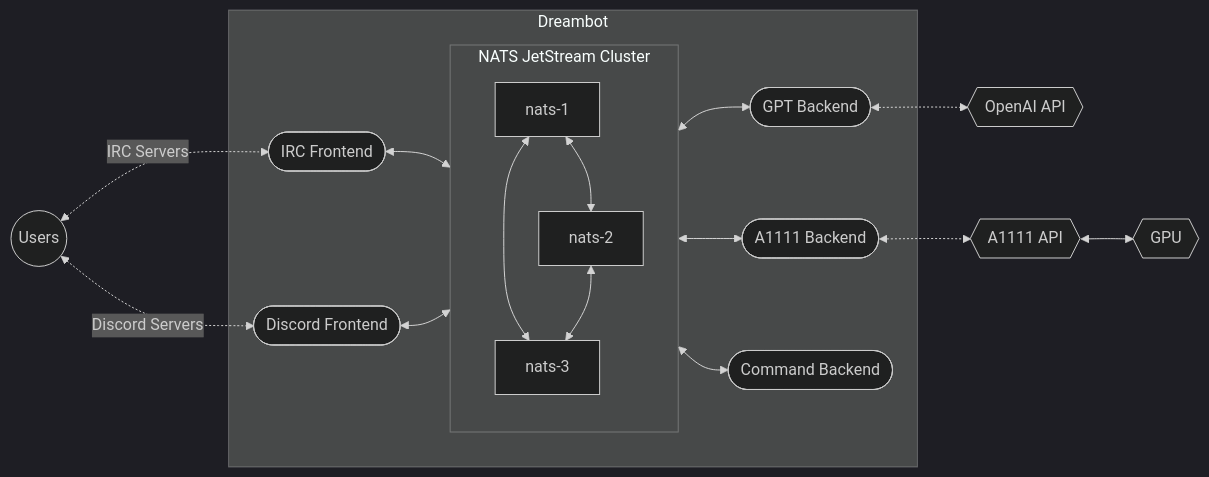
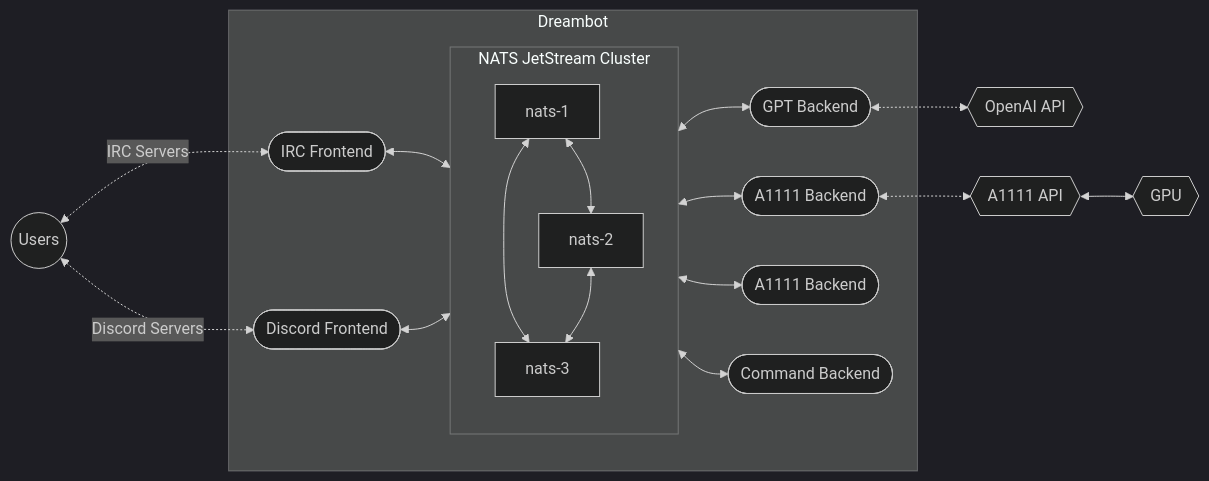
One commit to cmsj/dreambot changed the diagram in README.md. Above: the diagram before and after it, drawn with Mermaid (dark theme).

Commit message:
Note that multiple backends are possible

````diff
--- a/README.md
+++ b/README.md
@@ -11,24 +11,26 @@
 ```mermaid
 flowchart LR
     subgraph NATS [ NATS JetStream Cluster]
         C[nats-1]
         I[nats-2]
         J[nats-3]
 
         C <--> I
         C <--> J
         I <--> J
     end
     subgraph Dreambot
         B([IRC Frontend])
         E([GPT Backend])
         D([Discord Frontend])
         F([A1111 Backend])
+        M([A1111 Backend])
         K([Command Backend])
         NATS
     end
     A((Users)) <-. IRC Servers .-> B <--> NATS <--> E <-.-> G{{OpenAI API}}
     A <-. Discord Servers .-> D <--> NATS <--> F <-.-> H{{A1111 API}} <--> L{{GPU}}
+    NATS <--> M
     NATS <--> K
 
 ```
````
